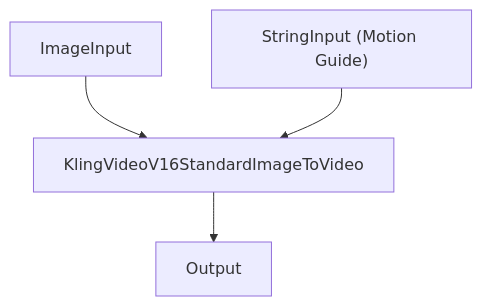
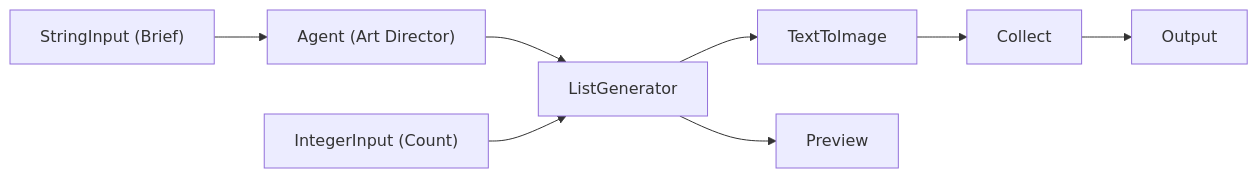
Before and after one commit to nodetool-ai/nodetool: the sixth of 8 diagrams in docs/cookbook/patterns.md, drawn with Mermaid. The commit also changed other lines of this file and 6 other files, not shown here.

```diff
--- a/docs/cookbook/patterns.md
+++ b/docs/cookbook/patterns.md
@@ -396,10 +219,14 @@
 {% mermaid %}
-graph TD
-  image_input["ImageInput"]
-  string_input["StringInput (Motion Guide)"]
-  output["Output"]
-  kling_image_to_video["KlingVideoV16StandardImageToVideo"]
-  image_input --> kling_image_to_video
-  string_input --> kling_image_to_video
-  kling_image_to_video --> output
+graph LR
+  brief["StringInput (Brief)"]
+  count["IntegerInput (Count)"]
+  direction["Agent (Art Director)"]
+  prompts["ListGenerator"]
+  image["TextToImage"]
+  preview["Preview"]
+  collect["Collect"]
+  out["Output"]
+  brief --> direction --> prompts --> image --> collect --> out
+  count --> prompts
+  prompts --> preview
 {% endmermaid %}
```
